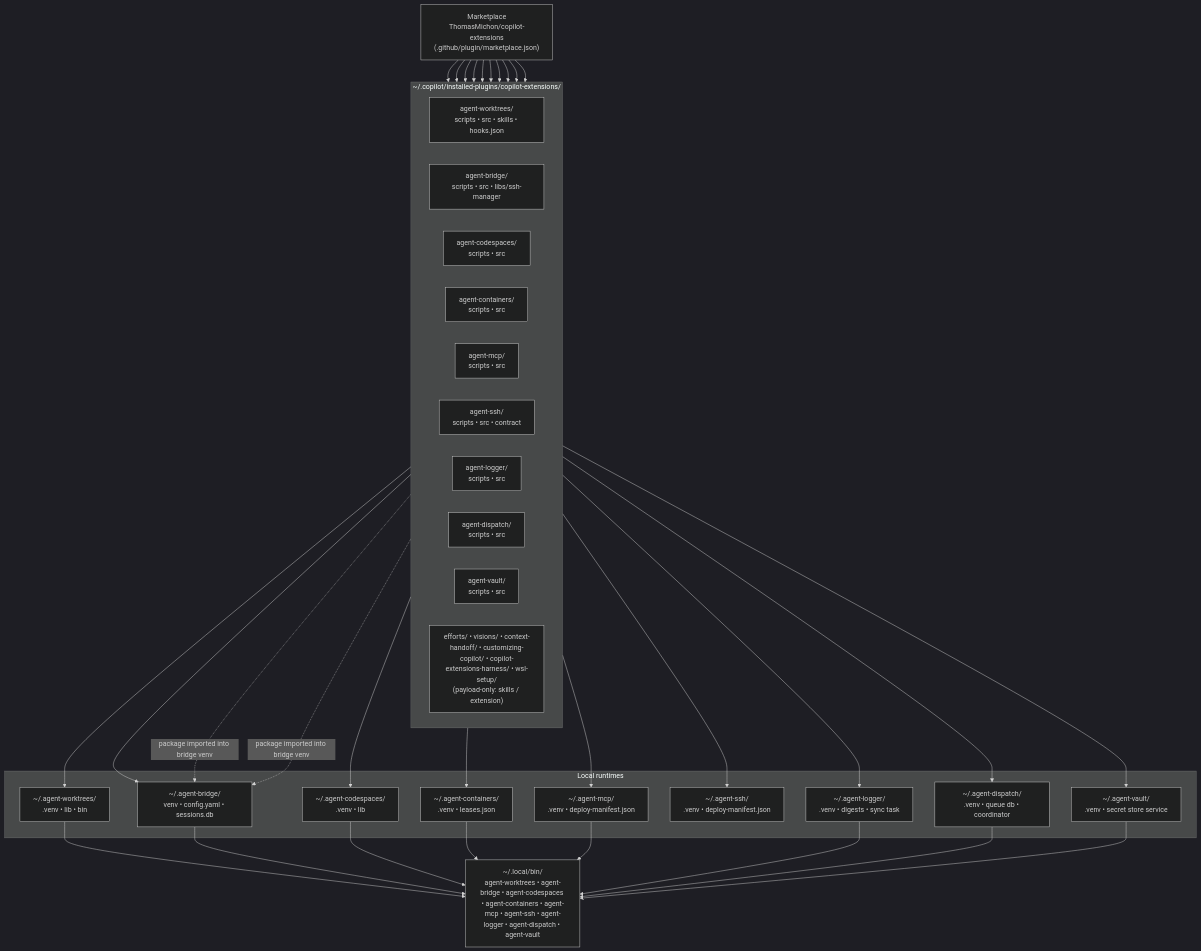
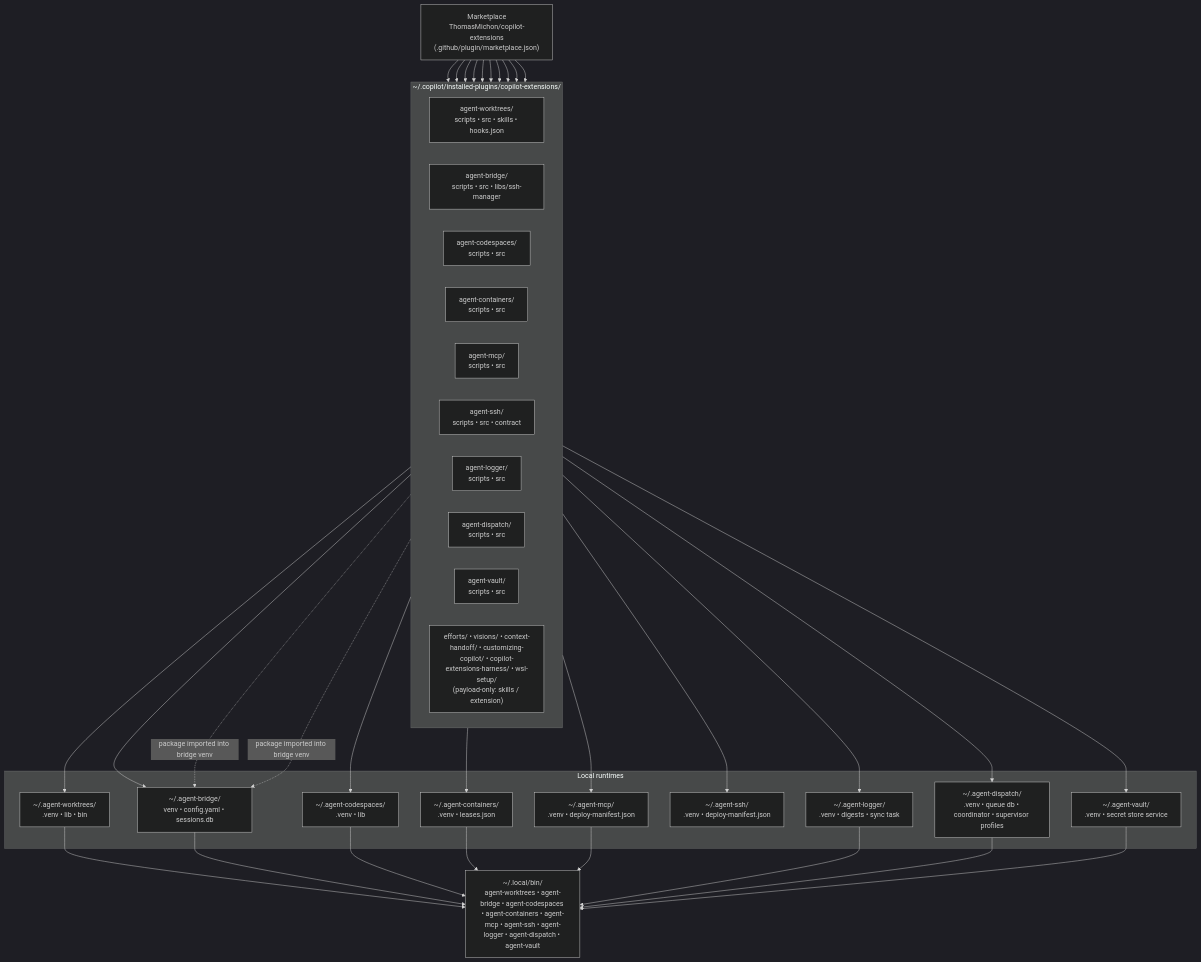
Before and after one commit to ThomasMichon/copilot-extensions: the first of 4 diagrams in docs/architecture.md, drawn with Mermaid (dark theme). The commit also changed other lines of this file and 2 other files, not shown here.

First line of the commit message:
docs: sync agent-dispatch reality/usage docs to shipped fleet-headless + multi-supervisor (dev101)

````diff
--- a/docs/architecture.md
+++ b/docs/architecture.md
@@ -56,49 +56,49 @@
 ```mermaid
 flowchart TB
     MP["Marketplace<br/>ThomasMichon/copilot-extensions<br/>(.github/plugin/marketplace.json)"]
     subgraph IP["~/.copilot/installed-plugins/copilot-extensions/"]
       direction LR
       AW["agent-worktrees/<br/>scripts • src • skills • hooks.json"]
       AB["agent-bridge/<br/>scripts • src • libs/ssh-manager"]
       AC["agent-codespaces/<br/>scripts • src"]
       AN["agent-containers/<br/>scripts • src"]
       AM["agent-mcp/<br/>scripts • src"]
       AS["agent-ssh/<br/>scripts • src • contract"]
       AL["agent-logger/<br/>scripts • src"]
       AD["agent-dispatch/<br/>scripts • src"]
       AV["agent-vault/<br/>scripts • src"]
       PO["efforts/ • visions/ • context-handoff/ • customizing-copilot/ • copilot-extensions-harness/ • wsl-setup/<br/>(payload-only: skills / extension)"]
     end
     subgraph RT["Local runtimes"]
       RW["~/.agent-worktrees/<br/>.venv • lib • bin"]
       RB["~/.agent-bridge/<br/>venv • config.yaml • sessions.db"]
       RC["~/.agent-codespaces/<br/>.venv • lib"]
       RN["~/.agent-containers/<br/>.venv • leases.json"]
       RM["~/.agent-mcp/<br/>.venv • deploy-manifest.json"]
       RS["~/.agent-ssh/<br/>.venv • deploy-manifest.json"]
       RL["~/.agent-logger/<br/>.venv • digests • sync task"]
-      RD["~/.agent-dispatch/<br/>.venv • queue db • coordinator"]
+      RD["~/.agent-dispatch/<br/>.venv • queue db • coordinator • supervisor profiles"]
       RV["~/.agent-vault/<br/>.venv • secret store service"]
     end
     BIN["~/.local/bin/<br/>agent-worktrees • agent-bridge • agent-codespaces • agent-containers • agent-mcp • agent-ssh • agent-logger • agent-dispatch • agent-vault"]
     MP --> AW --> RW
     MP --> AB --> RB
     MP --> AC --> RC
     MP --> AN --> RN
     MP --> AM --> RM
     MP --> AS --> RS
     MP --> AL --> RL
     MP --> AD --> RD
     MP --> AV --> RV
     MP --> PO
     RW --> BIN
     RB --> BIN
     RC --> BIN
     RN --> BIN
     RM --> BIN
     RL --> BIN
     RD --> BIN
     RV --> BIN
     AC -.->|package imported into bridge venv| RB
     AN -.->|package imported into bridge venv| RB
 ```
````
